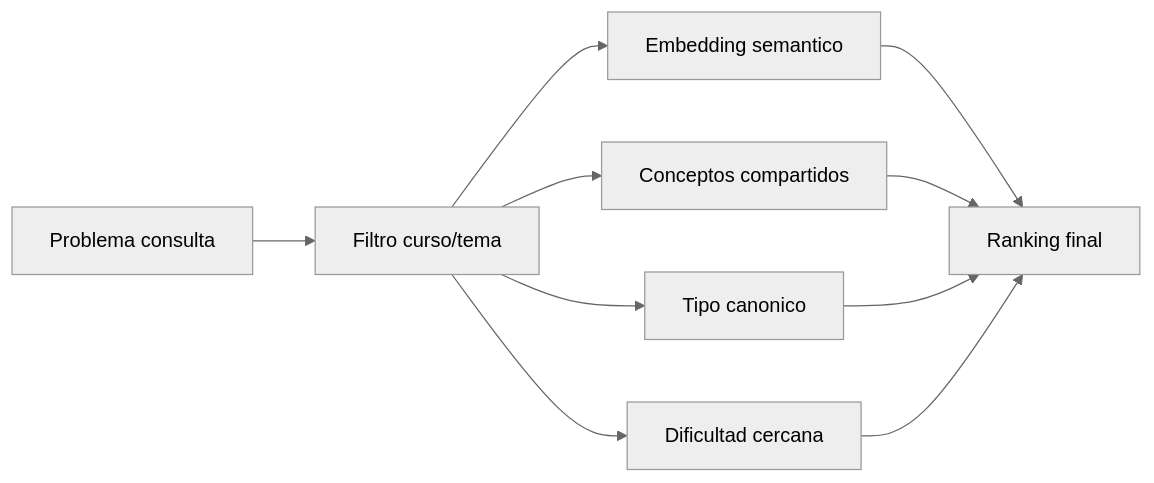
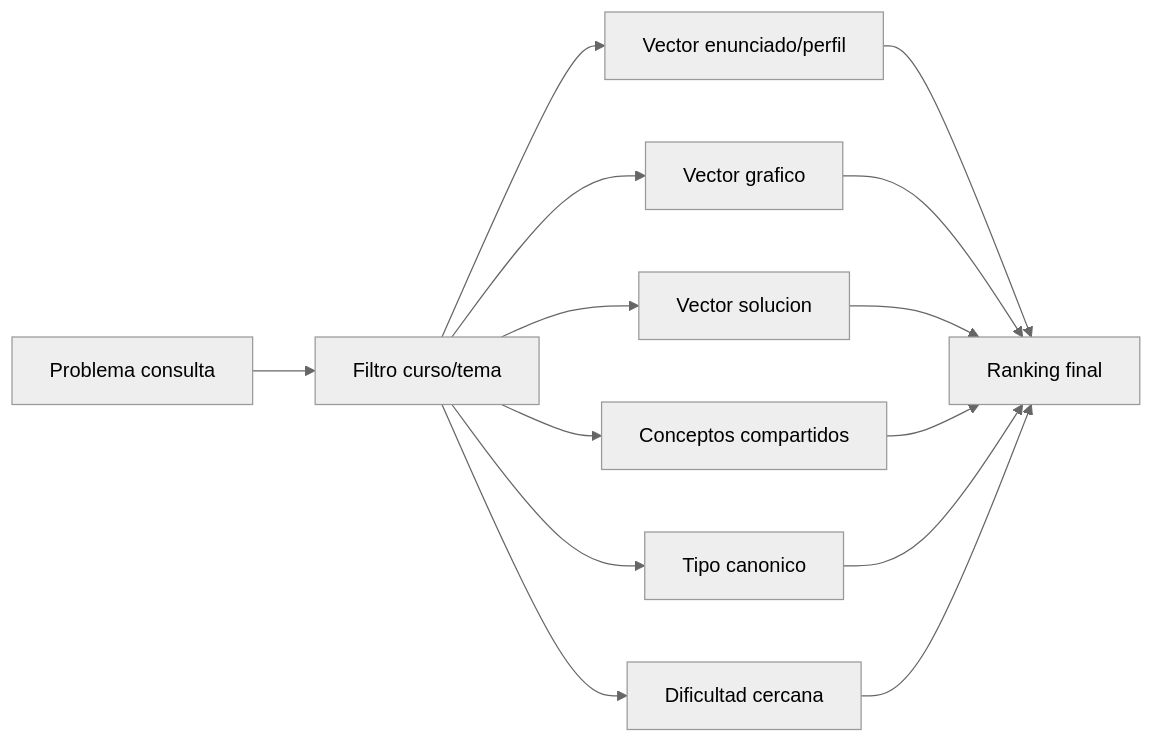
One commit to JhoanFC12/Auditor-Algebra-IA changed the fifth of 7 diagrams in docs/plan_maestro_app_aprendizaje_adaptativo.md. Above: the diagram before and after it, drawn with Mermaid (neutral theme). The commit also changed other lines of this file and 32 other files, not shown here.

Commit message:
Add graph segmentation fixes and PDF model separation

````diff
--- a/docs/plan_maestro_app_aprendizaje_adaptativo.md
+++ b/docs/plan_maestro_app_aprendizaje_adaptativo.md
@@ -174,12 +276,16 @@
 ```mermaid
 flowchart LR
   A["Problema consulta"] --> B["Filtro curso/tema"]
-  B --> C["Embedding semantico"]
-  B --> D["Conceptos compartidos"]
-  B --> E["Tipo canonico"]
-  B --> F["Dificultad cercana"]
+  B --> C["Vector enunciado/perfil"]
+  B --> D["Vector grafico"]
+  B --> E["Vector solucion"]
+  B --> F["Conceptos compartidos"]
+  B --> H["Tipo canonico"]
+  B --> I["Dificultad cercana"]
   C --> G["Ranking final"]
   D --> G
   E --> G
   F --> G
+  H --> G
+  I --> G
 ```
````
